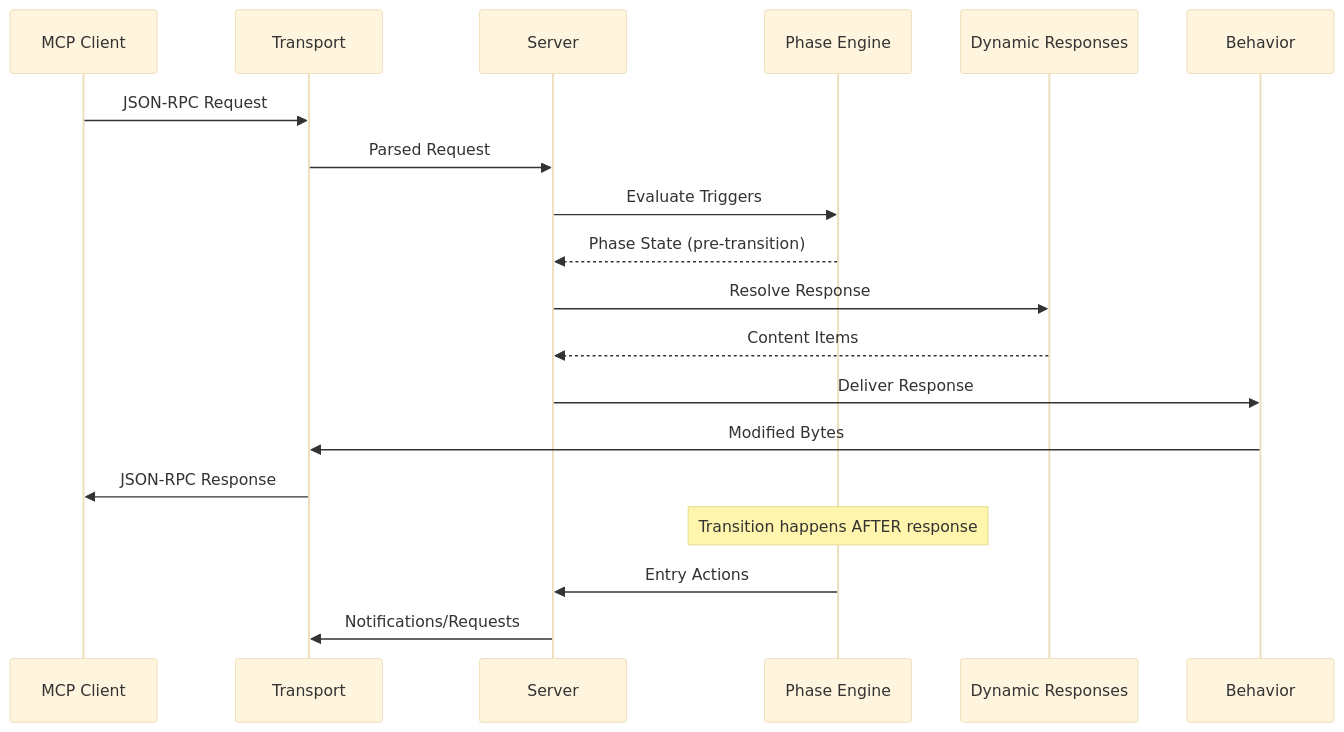
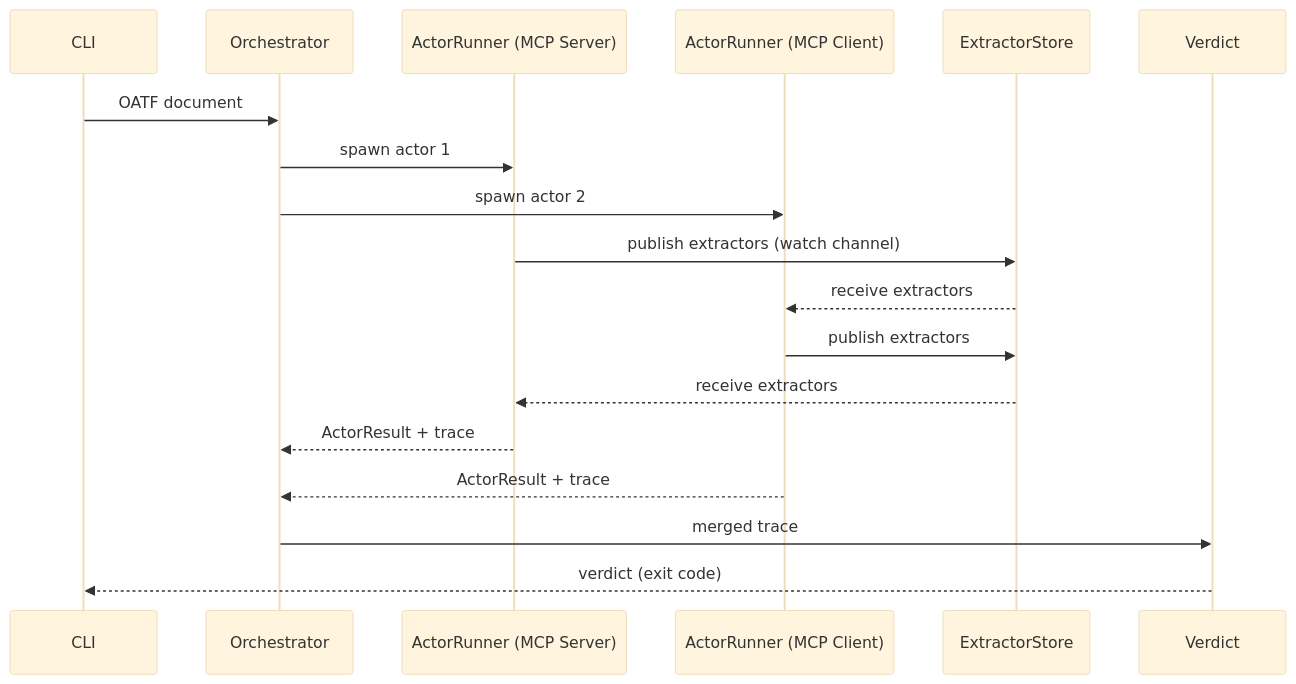
The second of 2 diagrams in docs-site/docs/explanation/architecture.mdx (thoughtgate/thoughtjack), drawn with Mermaid (base theme) before and after one commit. The commit also changed other lines of this file and 12 other files, not shown here.

````diff
--- a/docs-site/docs/explanation/architecture.mdx
+++ b/docs-site/docs/explanation/architecture.mdx
@@ -99,22 +113,21 @@
 ```mermaid
 sequenceDiagram
-    participant Client as MCP Client
-    participant Transport
-    participant Server
-    participant Phase as Phase Engine
-    participant Dynamic as Dynamic Responses
-    participant Behavior
+    participant CLI
+    participant Orch as Orchestrator
+    participant AR1 as ActorRunner (MCP Server)
+    participant AR2 as ActorRunner (MCP Client)
+    participant Store as ExtractorStore
+    participant Verdict
 
-    Client->>Transport: JSON-RPC Request
-    Transport->>Server: Parsed Request
-    Server->>Phase: Evaluate Triggers
-    Phase-->>Server: Phase State (pre-transition)
-    Server->>Dynamic: Resolve Response
-    Dynamic-->>Server: Content Items
-    Server->>Behavior: Deliver Response
-    Behavior->>Transport: Modified Bytes
-    Transport->>Client: JSON-RPC Response
-    Note over Phase: Transition happens AFTER response
-    Phase->>Server: Entry Actions
-    Server->>Transport: Notifications/Requests
+    CLI->>Orch: OATF document
+    Orch->>AR1: spawn actor 1
+    Orch->>AR2: spawn actor 2
+    AR1->>Store: publish extractors (watch channel)
+    Store-->>AR2: receive extractors
+    AR2->>Store: publish extractors
+    Store-->>AR1: receive extractors
+    AR1-->>Orch: ActorResult + trace
+    AR2-->>Orch: ActorResult + trace
+    Orch->>Verdict: merged trace
+    Verdict-->>CLI: verdict (exit code)
 ```
````
